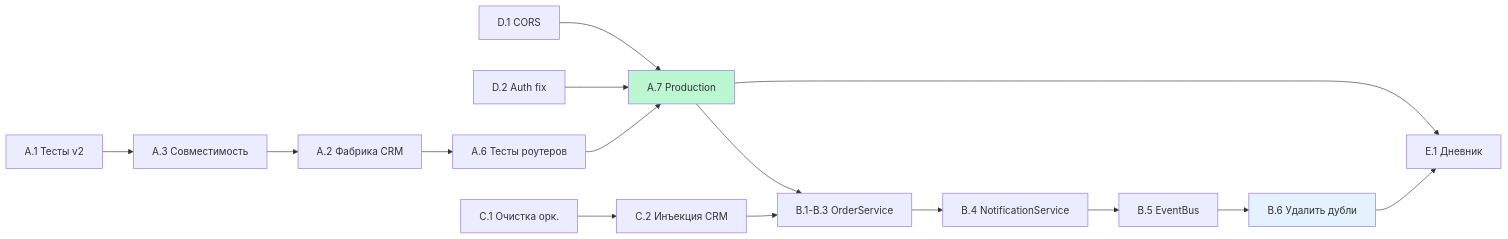
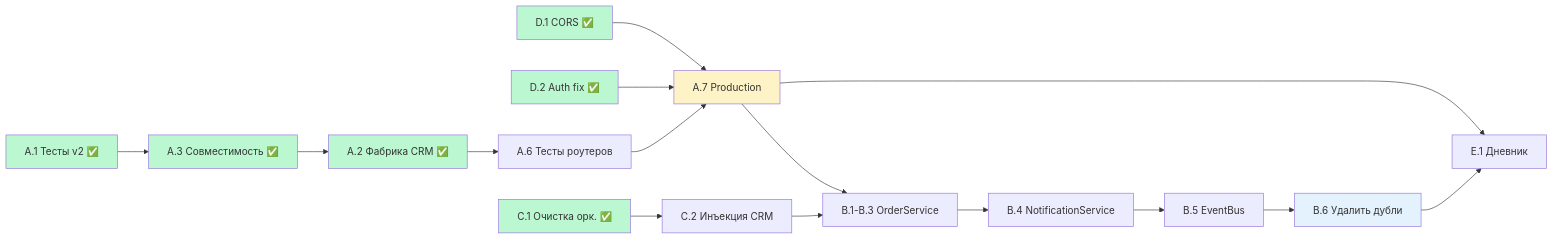
The diagram in plan.md (unidel2035/BEEBOT), drawn with Mermaid before and after one commit. The commit also changed other lines of this file and 1 other file, not shown here.

````diff
--- a/plan.md
+++ b/plan.md
@@ -199,22 +199,28 @@
 ```mermaid
 graph LR
-    A1["A.1 Тесты v2"] --> A3["A.3 Совместимость"]
-    A3 --> A2["A.2 Фабрика CRM"]
+    A1["A.1 Тесты v2 ✅"] --> A3["A.3 Совместимость ✅"]
+    A3 --> A2["A.2 Фабрика CRM ✅"]
     A2 --> A6["A.6 Тесты роутеров"]
-    D1["D.1 CORS"] --> A7["A.7 Production"]
-    D2["D.2 Auth fix"] --> A7
+    D1["D.1 CORS ✅"] --> A7["A.7 Production"]
+    D2["D.2 Auth fix ✅"] --> A7
     A6 --> A7
 
     A7 --> B1["B.1-B.3 OrderService"]
-    C1["C.1 Очистка орк."] --> C2["C.2 Инъекция CRM"]
+    C1["C.1 Очистка орк. ✅"] --> C2["C.2 Инъекция CRM"]
     C2 --> B1
     B1 --> B4["B.4 NotificationService"]
     B4 --> B5["B.5 EventBus"]
     B5 --> B6["B.6 Удалить дубли"]
 
     A7 --> E1["E.1 Дневник"]
     B6 --> E1
 
-    style A7 fill:#bbf7d0
+    style A1 fill:#bbf7d0
+    style A2 fill:#bbf7d0
+    style A3 fill:#bbf7d0
+    style D1 fill:#bbf7d0
+    style D2 fill:#bbf7d0
+    style C1 fill:#bbf7d0
+    style A7 fill:#fef3c7
     style B6 fill:#e3f2fd
 ```
````
